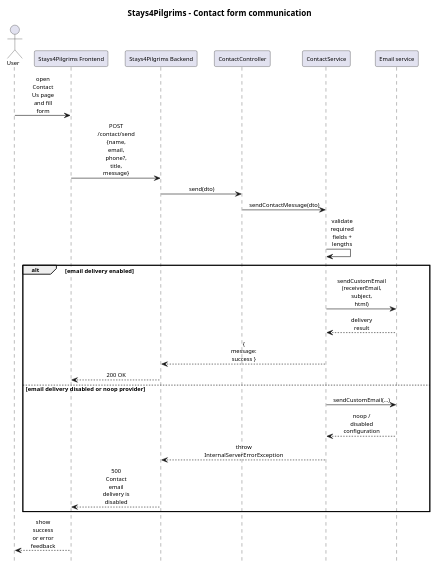
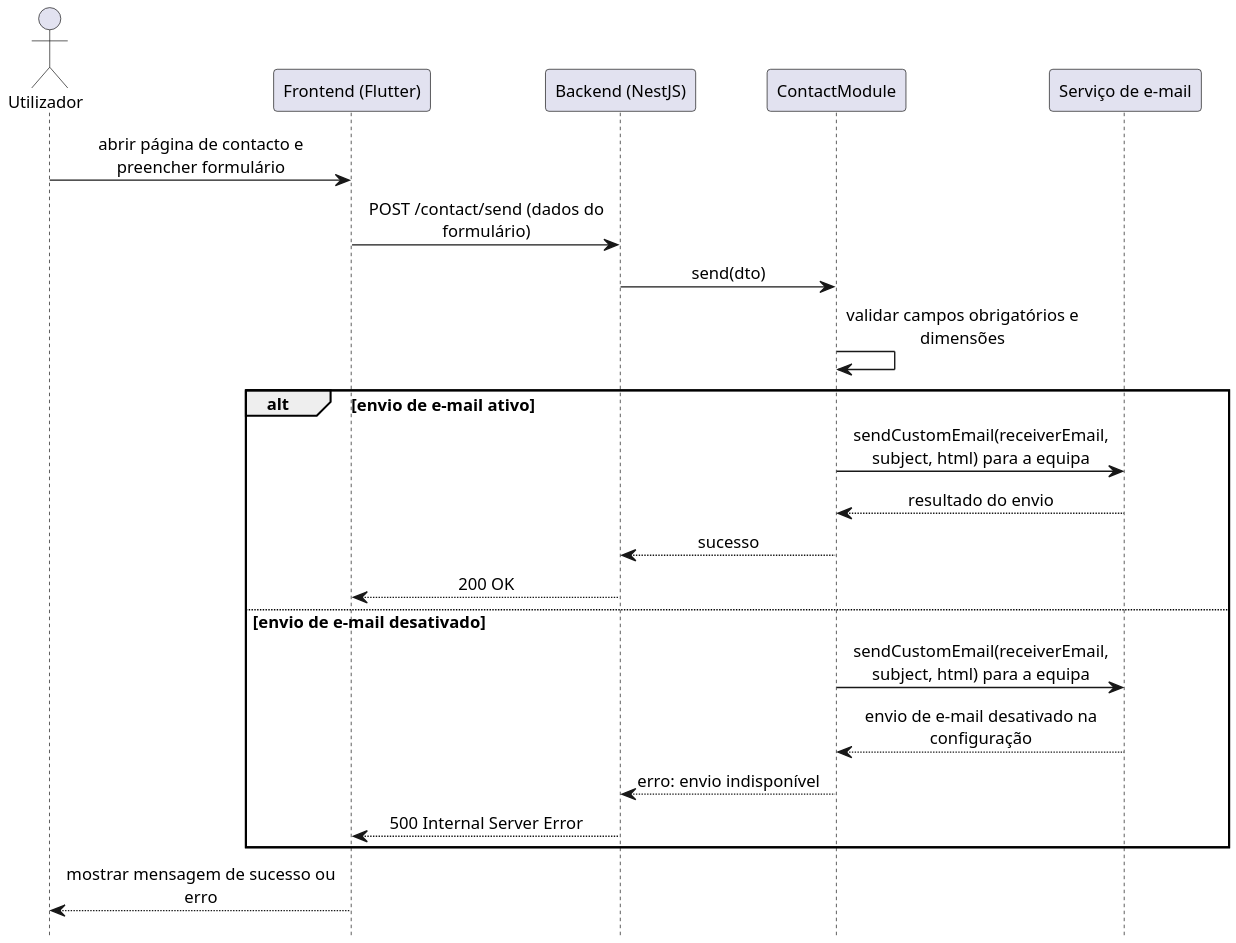
The diagram in docs/diagrams/communication-contact-flow.puml (alegna83/cookbook-be), drawn with PlantUML before and after one commit. The commit also changed 1 other file, not shown here.

Commit message:
communication contact flow

```diff
--- a/docs/diagrams/communication-contact-flow.puml
+++ b/docs/diagrams/communication-contact-flow.puml
@@ -1,42 +1,39 @@
 @startuml
-title Stays4Pilgrims - Contact form communication
-scale 0.82
 hide footbox
 skinparam defaultFontName Arial
-skinparam defaultFontSize 10
-skinparam maxMessageSize 48
+skinparam defaultFontSize 12
+skinparam dpi 190
+skinparam maxMessageSize 200
 skinparam sequence {
   ParticipantPadding 10
   BoxPadding 8
   MessageAlign center
   ArrowThickness 1
 }
 
-actor User
-participant "Stays4Pilgrims Frontend" as FE
-participant "Stays4Pilgrims Backend" as BE
-participant "ContactController" as ContactController
-participant "ContactService" as ContactService
-participant "Email service" as Email
+actor Utilizador
+participant "Frontend (Flutter)" as FE
+participant "Backend (NestJS)" as BE
+participant "ContactModule" as ContactModule
+participant "Serviço de e-mail" as Email
 
-User -> FE : open Contact Us page and fill form
-FE -> BE : POST /contact/send\n{name, email, phone?, title, message}
-BE -> ContactController : send(dto)
-ContactController -> ContactService : sendContactMessage(dto)
-ContactService -> ContactService : validate required fields + lengths
+Utilizador -> FE : abrir página de contacto e preencher formulário
+FE -> BE : POST /contact/send (dados do formulário)
+BE -> ContactModule : send(dto)
+ContactModule -> ContactModule : validar campos obrigatórios e dimensões
 
-alt email delivery enabled
-  ContactService -> Email : sendCustomEmail\n(receiverEmail, subject, html)
-  Email --> ContactService : delivery result
-  ContactService --> BE : { message: success }
+alt envio de e-mail ativo
+  ContactModule -> Email : sendCustomEmail(receiverEmail, subject, html) para a equipa
+  Email --> ContactModule : resultado do envio
+  ContactModule --> BE : sucesso
   BE --> FE : 200 OK
-else email delivery disabled or noop provider
-  ContactService -> Email : sendCustomEmail(...)
-  Email --> ContactService : noop / disabled configuration
-  ContactService --> BE : throw InternalServerErrorException
-  BE --> FE : 500 Contact email delivery is disabled
+else envio de e-mail desativado
+  ContactModule -> Email : sendCustomEmail(receiverEmail, subject, html) para a equipa
+  Email --> ContactModule : envio de e-mail desativado na configuração
+  ContactModule --> BE : erro: envio indisponível
+  BE --> FE : 500 Internal Server Error
 end
 
-FE --> User : show success or error feedback
+FE --> Utilizador : mostrar mensagem de sucesso ou erro
 
 @enduml
```
